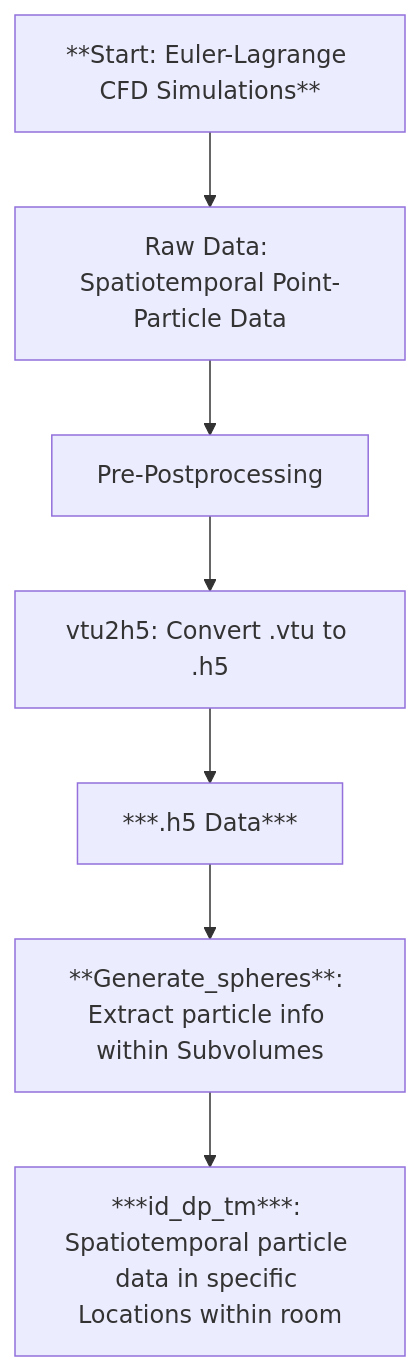
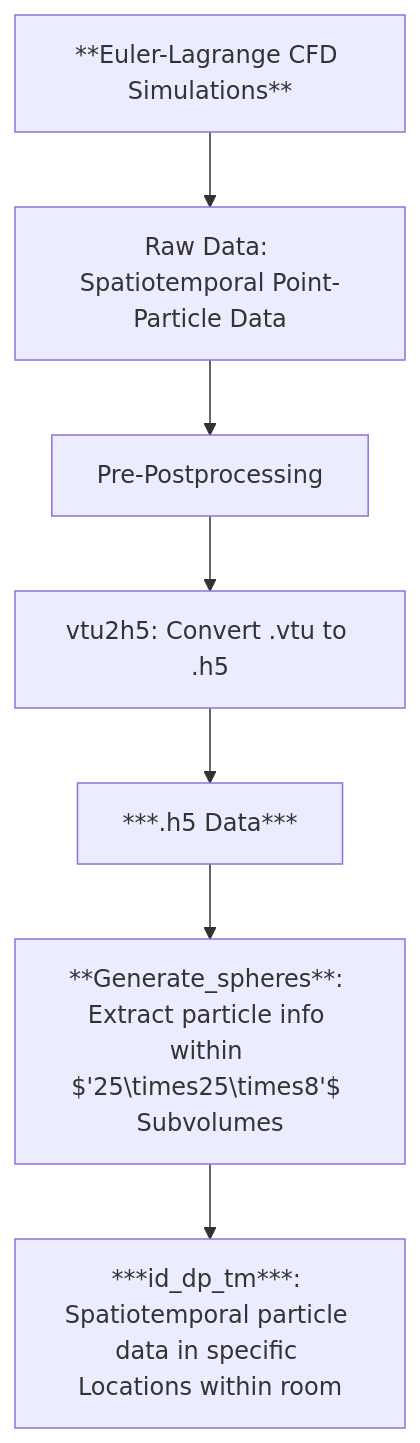
One commit to krishnap561997/MADRAS changed the diagram in README.md. Above: the diagram before and after it, drawn with Mermaid. The commit also changed other lines of this file, not shown here.

````diff
--- a/README.md
+++ b/README.md
@@ -15,13 +15,13 @@
 ```mermaid
 graph TD;
-    A[**Start: Euler-Lagrange CFD Simulations**] --> B[Raw Data: Spatiotemporal Point-Particle Data]
+    A[**Euler-Lagrange CFD Simulations**] --> B[Raw Data: Spatiotemporal Point-Particle Data]
 
     B --> C[Pre-Postprocessing]
 
     C --> D[vtu2h5: Convert .vtu to .h5]
     D --> E[***.h5 Data***]
 
-    E --> F[**Generate_spheres**: Extract particle info within Subvolumes]
+    E --> F[**Generate_spheres**: Extract particle info within $'25\times25\times8'$ Subvolumes]
 
     F --> G[***id_dp_tm***: Spatiotemporal particle data in specific Locations within room]    
 ```
````
